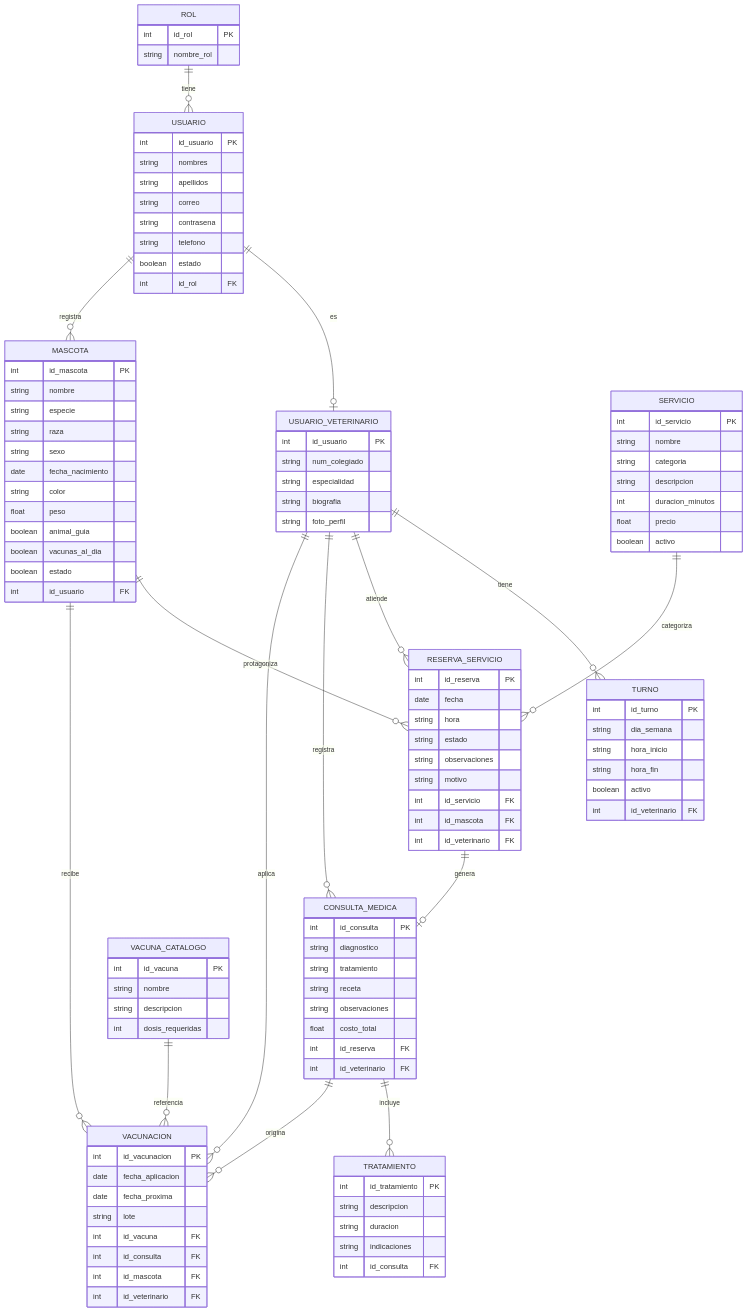
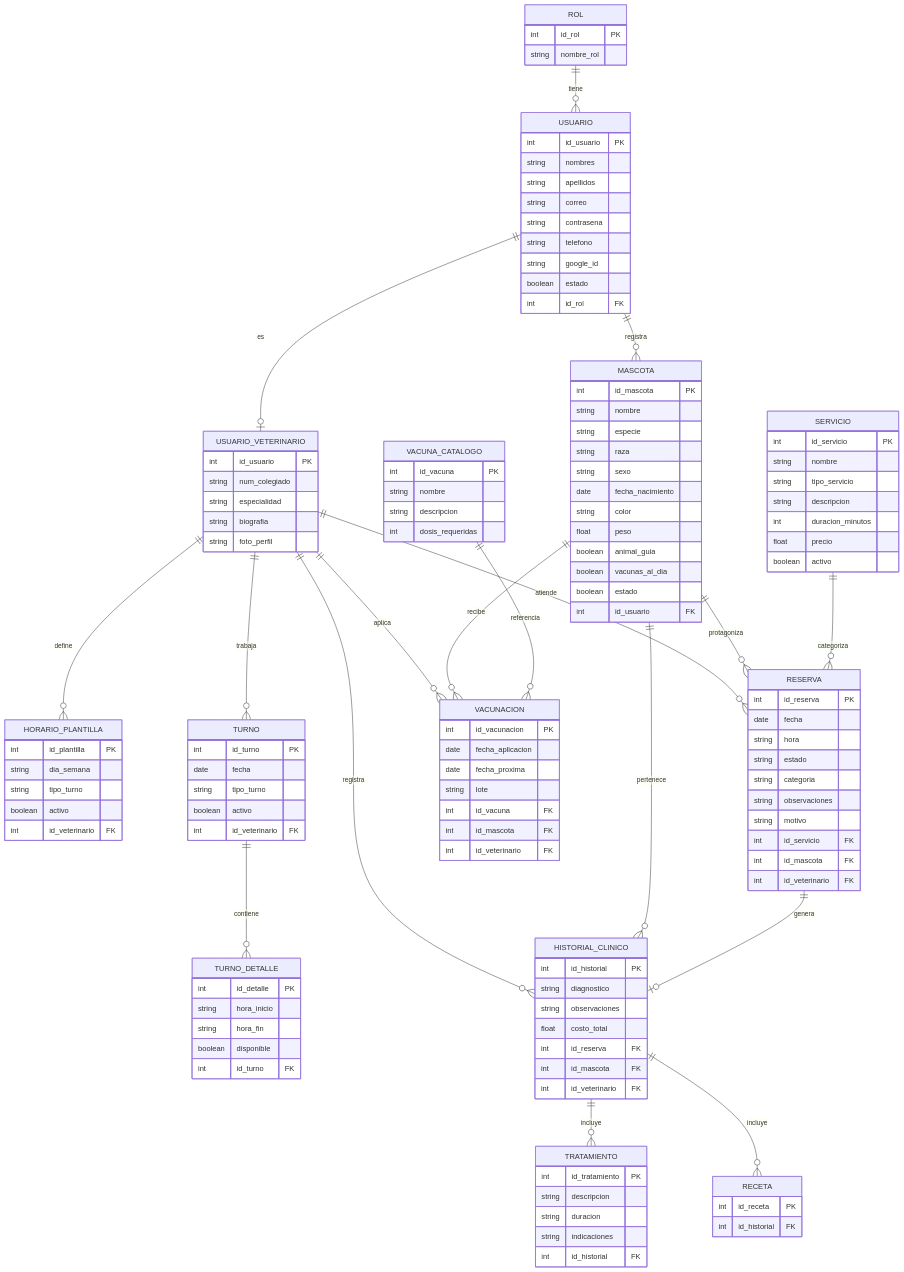
Before and after one commit to DiegoPenaG/Proyecto-Integrador-Pet-vission-BackEnd: the diagram in README.md, drawn with Mermaid. The commit also changed other lines of this file, not shown here.

```diff
--- a/README.md
+++ b/README.md
@@ -72,6 +76,7 @@
         string correo
         string contrasena
         string telefono
+        string google_id
         boolean estado
         int id_rol FK
     }
@@ -82,15 +87,6 @@
         string especialidad
         string biografia
         string foto_perfil
-    }
-
-    TURNO {
-        int id_turno PK
-        string dia_semana
-        string hora_inicio
-        string hora_fin
-        boolean activo
-        int id_veterinario FK
     }
 
     MASCOTA {
@@ -111,18 +107,43 @@
     SERVICIO {
         int id_servicio PK
         string nombre
-        string categoria
+        string tipo_servicio
         string descripcion
         int duracion_minutos
         float precio
         boolean activo
     }
 
-    RESERVA_SERVICIO {
+    HORARIO_PLANTILLA {
+        int id_plantilla PK
+        string dia_semana
+        string tipo_turno
+        boolean activo
+        int id_veterinario FK
+    }
+
+    TURNO {
+        int id_turno PK
+        date fecha
+        string tipo_turno
+        boolean activo
+        int id_veterinario FK
+    }
+
+    TURNO_DETALLE {
+        int id_detalle PK
+        string hora_inicio
+        string hora_fin
+        boolean disponible
+        int id_turno FK
+    }
+
+    RESERVA {
         int id_reserva PK
         date fecha
         string hora
         string estado
+        string categoria
         string observaciones
         string motivo
         int id_servicio FK
@@ -130,14 +151,13 @@
         int id_veterinario FK
     }
 
-    CONSULTA_MEDICA {
-        int id_consulta PK
+    HISTORIAL_CLINICO {
+        int id_historial PK
         string diagnostico
-        string tratamiento
-        string receta
         string observaciones
         float costo_total
         int id_reserva FK
+        int id_mascota FK
         int id_veterinario FK
     }
 
@@ -146,7 +166,12 @@
         string descripcion
         string duracion
         string indicaciones
-        int id_consulta FK
+        int id_historial FK
+    }
+
+    RECETA {
+        int id_receta PK
+        int id_historial FK
     }
 
     VACUNACION {
@@ -155,7 +180,6 @@
         date fecha_proxima
         string lote
         int id_vacuna FK
-        int id_consulta FK
         int id_mascota FK
         int id_veterinario FK
     }
@@ -169,15 +193,18 @@
 
     ROL ||--o{ USUARIO : "tiene"
     USUARIO ||--o| USUARIO_VETERINARIO : "es"
-    USUARIO_VETERINARIO ||--o{ TURNO : "tiene"
     USUARIO ||--o{ MASCOTA : "registra"
-    SERVICIO ||--o{ RESERVA_SERVICIO : "categoriza"
-    MASCOTA ||--o{ RESERVA_SERVICIO : "protagoniza"
-    USUARIO_VETERINARIO ||--o{ RESERVA_SERVICIO : "atiende"
-    RESERVA_SERVICIO ||--o| CONSULTA_MEDICA : "genera"
-    USUARIO_VETERINARIO ||--o{ CONSULTA_MEDICA : "registra"
-    CONSULTA_MEDICA ||--o{ TRATAMIENTO : "incluye"
-    CONSULTA_MEDICA ||--o{ VACUNACION : "origina"
+    USUARIO_VETERINARIO ||--o{ HORARIO_PLANTILLA : "define"
+    USUARIO_VETERINARIO ||--o{ TURNO : "trabaja"
+    TURNO ||--o{ TURNO_DETALLE : "contiene"
+    SERVICIO ||--o{ RESERVA : "categoriza"
+    MASCOTA ||--o{ RESERVA : "protagoniza"
+    USUARIO_VETERINARIO ||--o{ RESERVA : "atiende"
+    RESERVA ||--o| HISTORIAL_CLINICO : "genera"
+    MASCOTA ||--o{ HISTORIAL_CLINICO : "pertenece"
+    USUARIO_VETERINARIO ||--o{ HISTORIAL_CLINICO : "registra"
+    HISTORIAL_CLINICO ||--o{ TRATAMIENTO : "incluye"
+    HISTORIAL_CLINICO ||--o{ RECETA : "incluye"
     VACUNA_CATALOGO ||--o{ VACUNACION : "referencia"
     MASCOTA ||--o{ VACUNACION : "recibe"
     USUARIO_VETERINARIO ||--o{ VACUNACION : "aplica"
```
